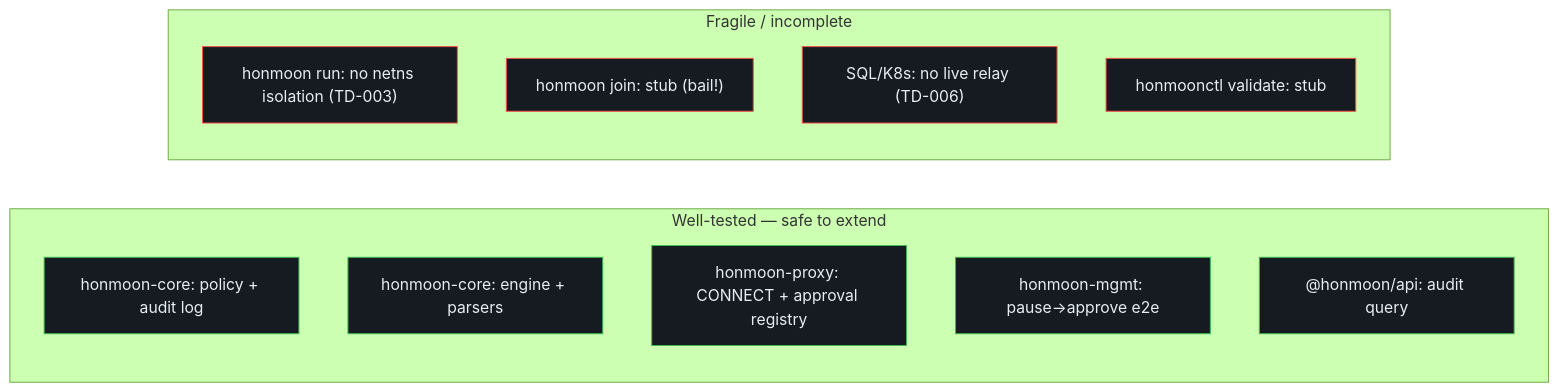
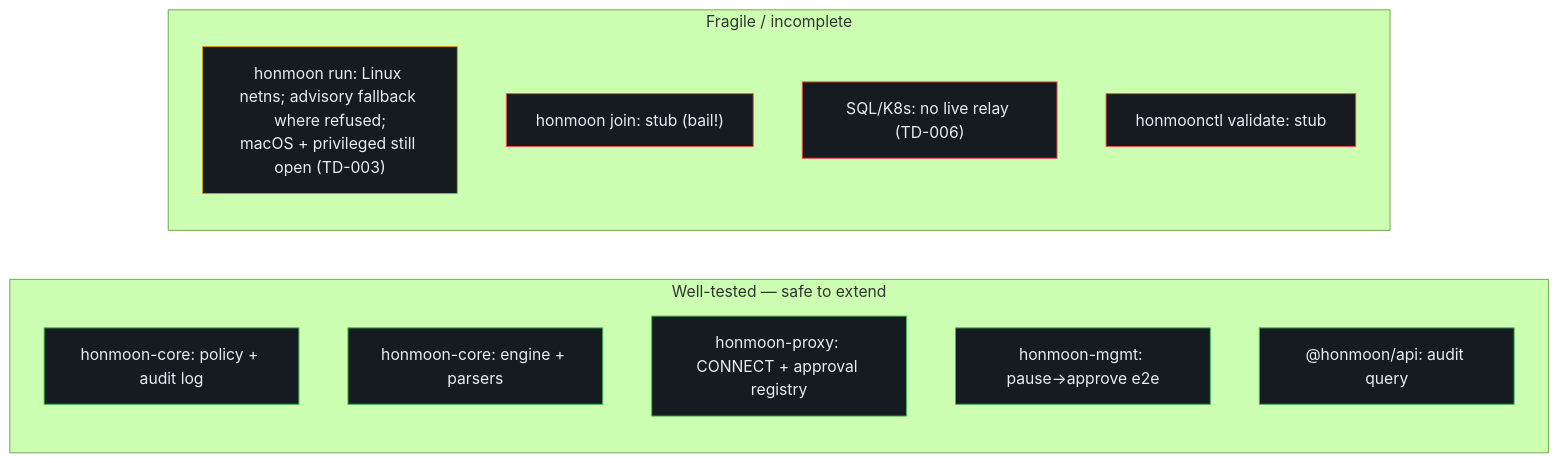
One commit to pleaseai/honmoon changed the fourth of 4 diagrams in wiki/deep-dive/architecture.md. Above: the diagram before and after it, drawn with Mermaid (forest theme). The commit also changed 24 other files, not shown here.

First line of the commit message:
feat(cli): enforce `honmoon run` isolation with an empty netns on Linux (ADR-0005) (#71)

````diff
--- a/wiki/deep-dive/architecture.md
+++ b/wiki/deep-dive/architecture.md
@@ -200,25 +200,25 @@
 ```mermaid
 flowchart LR
   subgraph solid["Well-tested — safe to extend"]
     s1["honmoon-core: policy + audit log"]
     s2["honmoon-core: engine + parsers"]
     s3["honmoon-proxy: CONNECT + approval registry"]
     s4["honmoon-mgmt: pause→approve e2e"]
     s5["@honmoon/api: audit query"]
   end
   subgraph weak["Fragile / incomplete"]
-    w1["honmoon run: no netns isolation (TD-003)"]
+    w1["honmoon run: Linux netns; advisory fallback where refused;<br>macOS + privileged still open (TD-003)"]
     w2["honmoon join: stub (bail!)"]
     w3["SQL/K8s: no live relay (TD-006)"]
     w4["honmoonctl validate: stub"]
   end
   style s1 fill:#161b22,stroke:#3fb950,color:#e6edf3
   style s2 fill:#161b22,stroke:#3fb950,color:#e6edf3
   style s3 fill:#161b22,stroke:#3fb950,color:#e6edf3
   style s4 fill:#161b22,stroke:#3fb950,color:#e6edf3
   style s5 fill:#161b22,stroke:#3fb950,color:#e6edf3
-  style w1 fill:#161b22,stroke:#f85149,color:#e6edf3
+  style w1 fill:#161b22,stroke:#d29922,color:#e6edf3
   style w2 fill:#161b22,stroke:#f85149,color:#e6edf3
   style w3 fill:#161b22,stroke:#f85149,color:#e6edf3
   style w4 fill:#161b22,stroke:#f85149,color:#e6edf3
 ```
````
